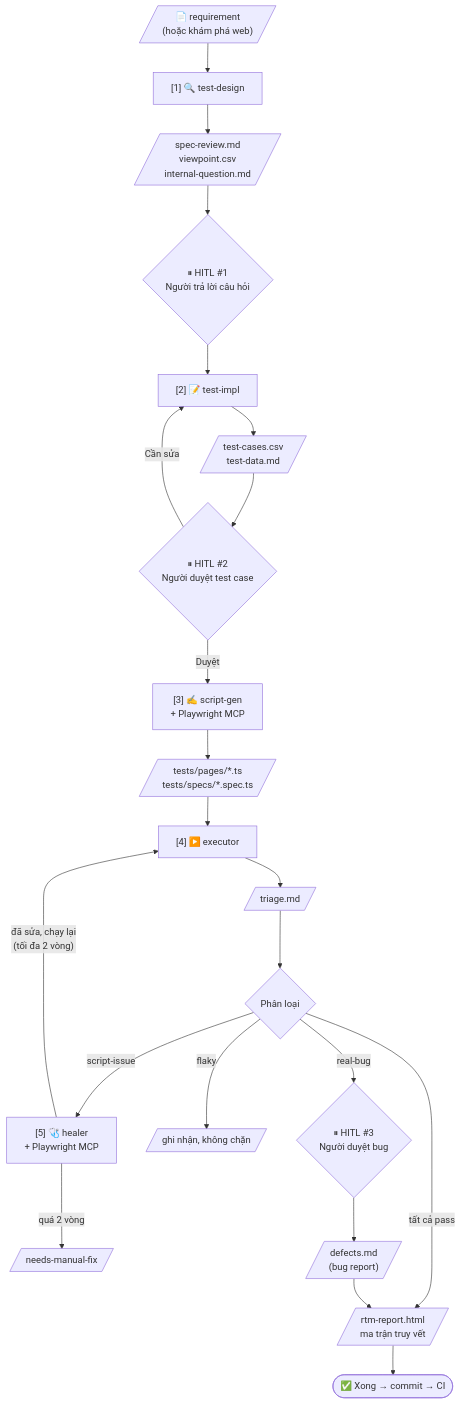
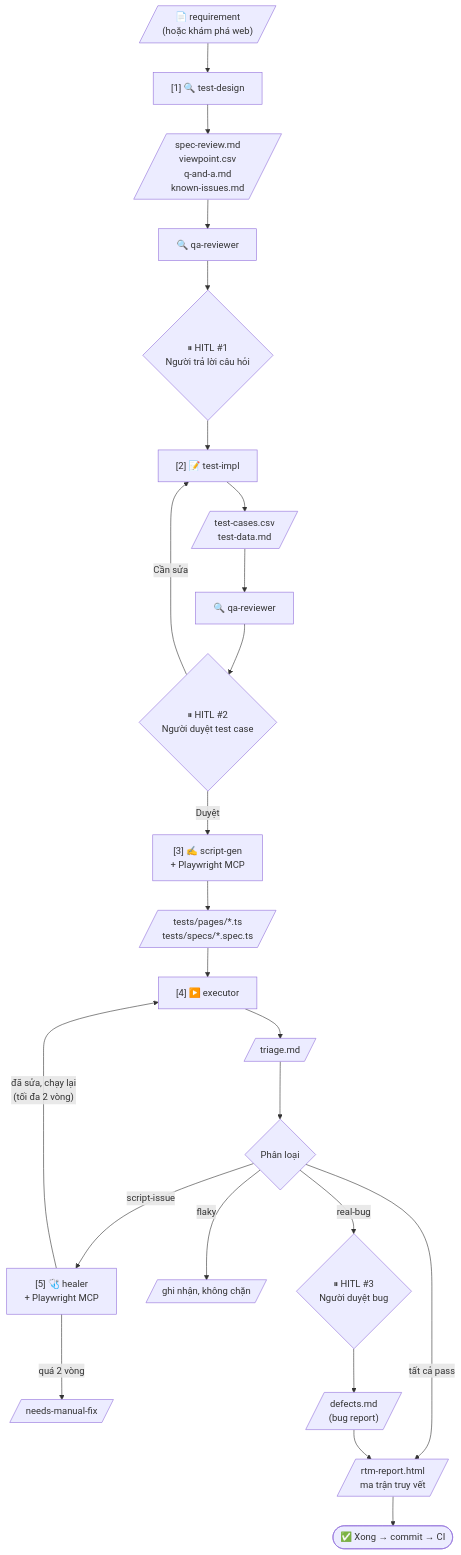
One commit to MyHanhYuuki/playwright-ai-qa-portfolio changed the diagram in docs/ai-agent-workflow.md. Above: the diagram before and after it, drawn with Mermaid. The commit also changed other lines of this file and 9 other files, not shown here.

````diff
--- a/docs/ai-agent-workflow.md
+++ b/docs/ai-agent-workflow.md
@@ -64,24 +69,26 @@
 ```mermaid
 flowchart TD
     R[/"📄 requirement<br/>(hoặc khám phá web)"/] --> TD["[1] 🔍 test-design"]
-    TD --> A1[/"spec-review.md<br/>viewpoint.csv<br/>internal-question.md"/]
-    A1 --> H1{"⏸ HITL #1<br/>Người trả lời câu hỏi"}
+    TD --> A1[/"spec-review.md<br/>viewpoint.csv<br/>q-and-a.md<br/>known-issues.md"/]
+    A1 --> RV1["🔍 qa-reviewer"]
+    RV1 --> H1{"⏸ HITL #1<br/>Người trả lời câu hỏi"}
     H1 --> TI["[2] 📝 test-impl"]
     TI --> A2[/"test-cases.csv<br/>test-data.md"/]
-    A2 --> H2{"⏸ HITL #2<br/>Người duyệt test case"}
+    A2 --> RV2["🔍 qa-reviewer"]
+    RV2 --> H2{"⏸ HITL #2<br/>Người duyệt test case"}
     H2 -- "Cần sửa" --> TI
     H2 -- "Duyệt" --> SG["[3] ✍️ script-gen<br/>+ Playwright MCP"]
     SG --> A3[/"tests/pages/*.ts<br/>tests/specs/*.spec.ts"/]
     A3 --> EX["[4] ▶️ executor"]
     EX --> A4[/"triage.md"/]
     A4 --> Q{"Phân loại"}
     Q -- "script-issue" --> HE["[5] 🩺 healer<br/>+ Playwright MCP"]
     HE -- "đã sửa, chạy lại<br/>(tối đa 2 vòng)" --> EX
     HE -- "quá 2 vòng" --> MF[/"needs-manual-fix"/]
     Q -- "flaky" --> FL[/"ghi nhận, không chặn"/]
     Q -- "real-bug" --> H3{"⏸ HITL #3<br/>Người duyệt bug"}
     Q -- "tất cả pass" --> RTM
     H3 --> DF[/"defects.md<br/>(bug report)"/]
     DF --> RTM[/"rtm-report.html<br/>ma trận truy vết"/]
     RTM --> DONE(["✅ Xong → commit → CI"])
 ```
````
